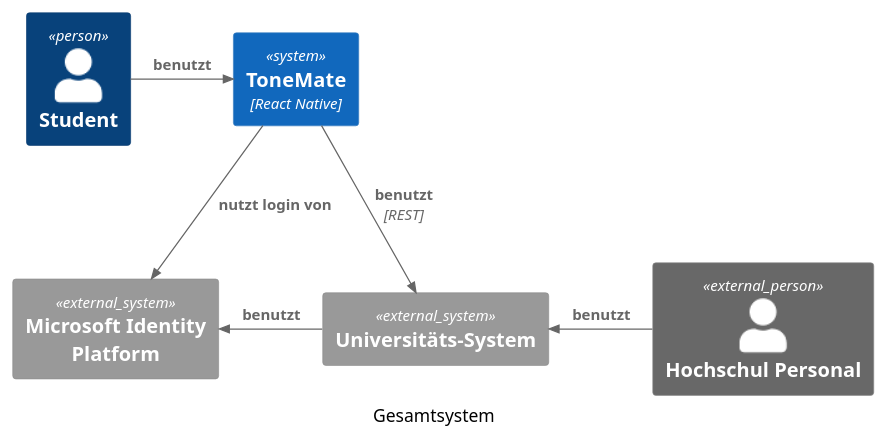
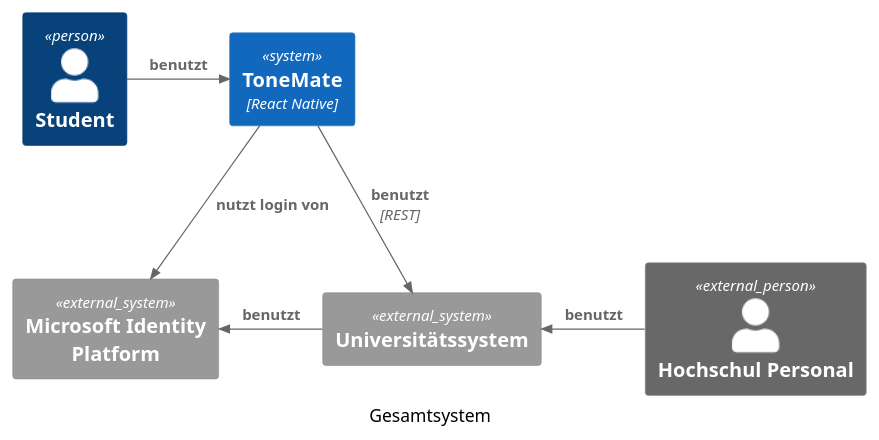
Before and after one commit to BB223/sw-architecture: the diagram in diagrams/fachlicher_kontext.puml, drawn with PlantUML. The commit also changed 24 other files, not shown here.

```diff
--- a/diagrams/fachlicher_kontext.puml
+++ b/diagrams/fachlicher_kontext.puml
@@ -1,20 +1,20 @@
 @startuml
 !include <C4/C4_Context>
 
 caption Gesamtsystem
 
 Person(student, "Student")
 Person_Ext(personal, "Hochschul Personal")
 
 System(toneMate, "ToneMate", $type="React Native")
 System_Ext(oauth, "Microsoft Identity Platform")
-System_Ext(uni, "Universitäts-System")
+System_Ext(uni, "Universitätssystem")
 
 Rel_D(toneMate, uni, "benutzt", "REST")
 Rel_L(uni, oauth, "benutzt")
 Rel_D(toneMate, oauth, "nutzt login von")
 
 Rel_R(student, toneMate, "benutzt")
 Rel_L(personal, uni, "benutzt")
 
 @enduml
```
